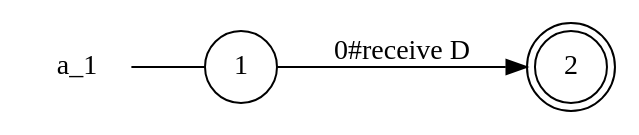
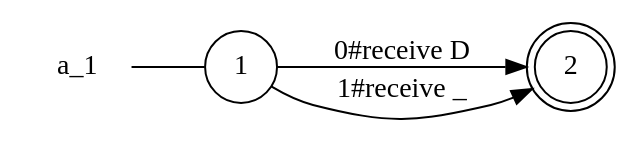
The diagram in examples/pass/a_1_local_view.dot (gabrielegenovese/chorer), drawn with Graphviz before and after one commit. The commit also changed 2 other files, not shown here.

```diff
--- a/examples/pass/a_1_local_view.dot
+++ b/examples/pass/a_1_local_view.dot
@@ -1,9 +1,10 @@
 digraph a_1 {
 	rankdir="LR";
 	n_0 [label="a_1", shape="plaintext"];
 	n_1 [id="1", shape=circle, label="1"];
 	n_0 -> n_1 [arrowhead=none];
 	n_2 [id="2", shape=doublecircle, label="2"];
 
-	n_1 -> n_2 [id="[$e|0]", label="0#receive D"];
+	n_1 -> n_2 [id="[$e|2]", label="0#receive D"];
+	n_1 -> n_2 [id="[$e|1]", label="1#receive _"];
 }
```
